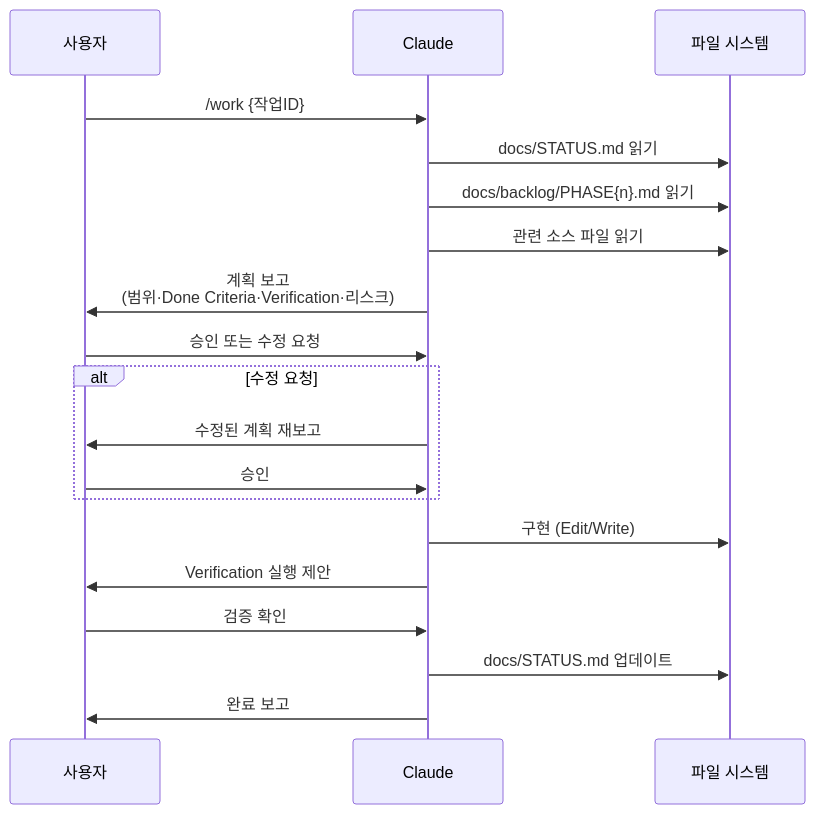
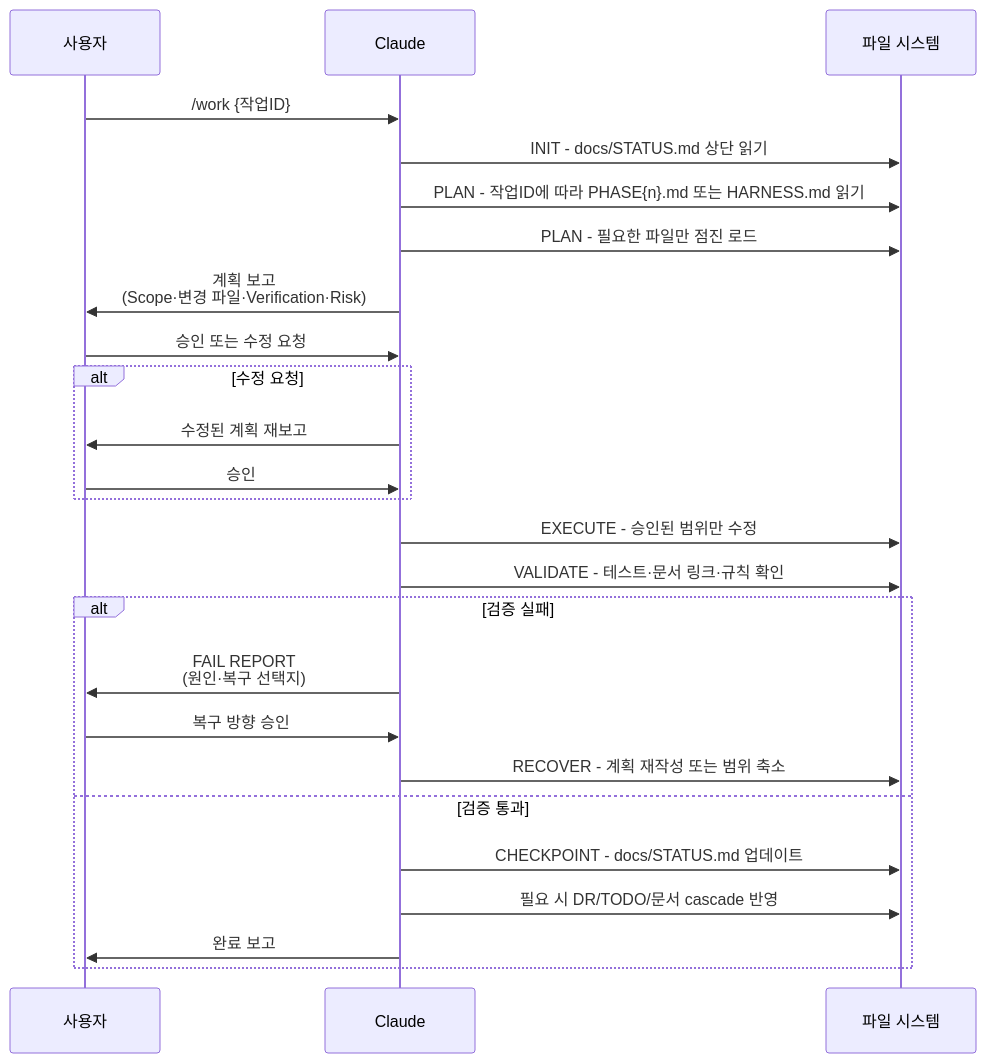
The fourth of 6 diagrams in docs/WORKFLOW-MANUAL.md (kyungseo/ai-workflow-harness), drawn with Mermaid before and after one commit. The commit also changed other lines of this file and 70 other files, not shown here.

````diff
--- a/docs/WORKFLOW-MANUAL.md
+++ b/docs/WORKFLOW-MANUAL.md
@@ -381,24 +491,31 @@
 ```mermaid
 sequenceDiagram
     participant U as 사용자
     participant C as Claude
     participant F as 파일 시스템
 
     U->>C: /work {작업ID}
-    C->>F: docs/STATUS.md 읽기
-    C->>F: docs/backlog/PHASE{n}.md 읽기
-    C->>F: 관련 소스 파일 읽기
-    C->>U: 계획 보고<br/>(범위·Done Criteria·Verification·리스크)
+    C->>F: INIT - docs/STATUS.md 상단 읽기
+    C->>F: PLAN - 작업ID에 따라 PHASE{n}.md 또는 HARNESS.md 읽기
+    C->>F: PLAN - 필요한 파일만 점진 로드
+    C->>U: 계획 보고<br/>(Scope·변경 파일·Verification·Risk)
     U->>C: 승인 또는 수정 요청
 
     alt 수정 요청
         C->>U: 수정된 계획 재보고
         U->>C: 승인
     end
 
-    C->>F: 구현 (Edit/Write)
-    C->>U: Verification 실행 제안
-    U->>C: 검증 확인
-    C->>F: docs/STATUS.md 업데이트
-    C->>U: 완료 보고
+    C->>F: EXECUTE - 승인된 범위만 수정
+    C->>F: VALIDATE - 테스트·문서 링크·규칙 확인
+
+    alt 검증 실패
+        C->>U: FAIL REPORT<br/>(원인·복구 선택지)
+        U->>C: 복구 방향 승인
+        C->>F: RECOVER - 계획 재작성 또는 범위 축소
+    else 검증 통과
+        C->>F: CHECKPOINT - docs/STATUS.md 업데이트
+        C->>F: 필요 시 DR/TODO/문서 cascade 반영
+        C->>U: 완료 보고
+    end
 ```
````
